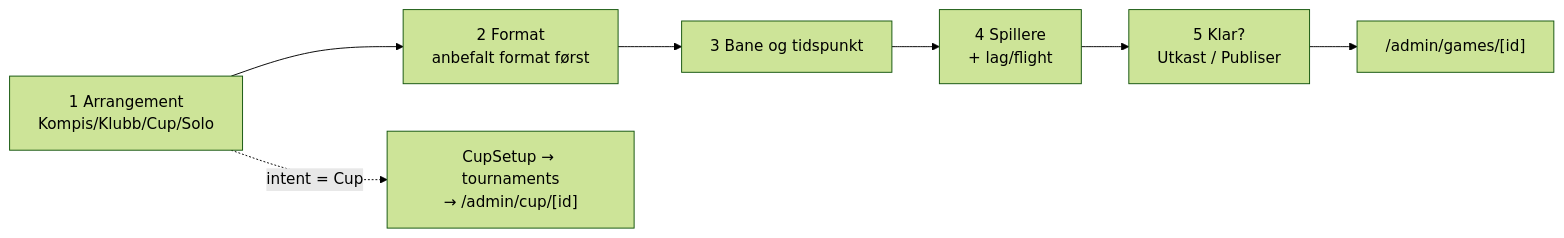
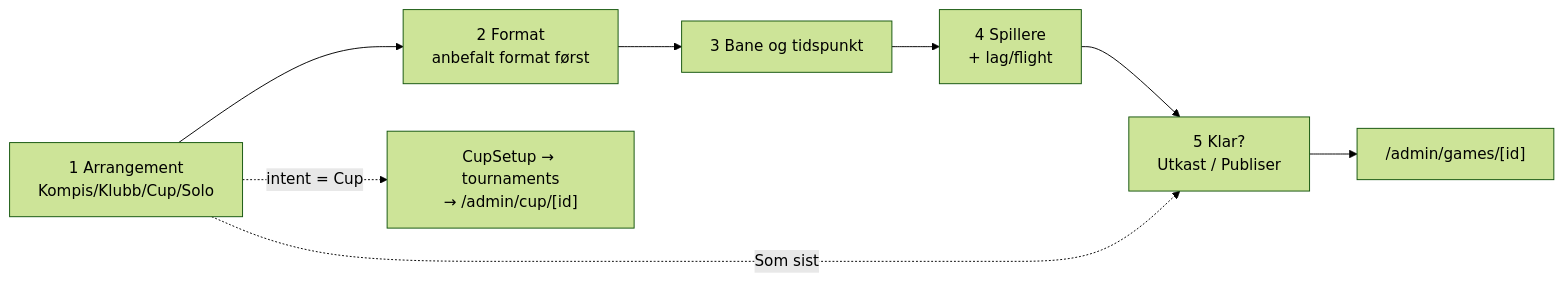
One commit to jdlarssen/golf-app changed the fifth of 6 diagrams in docs/user-flows.md. Above: the diagram before and after it, drawn with Mermaid (forest theme). The commit also changed other lines of this file and 2 other files, not shown here.

First line of the commit message:
docs(flows): «Som sist» is a shortcut from step 1 to «Klar?»

````diff
--- a/docs/user-flows.md
+++ b/docs/user-flows.md
@@ -231,9 +231,10 @@
 ```mermaid
 flowchart LR
   S1["1 Arrangement<br/>Kompis/Klubb/Cup/Solo"] --> S2["2 Format<br/>anbefalt format først"]
   S2 --> S3["3 Bane og tidspunkt"]
   S3 --> S4["4 Spillere<br/>+ lag/flight"]
   S4 --> S5["5 Klar?<br/>Utkast / Publiser"]
   S5 --> G["/admin/games/[id]"]
   S1 -. "intent = Cup" .-> CUP["CupSetup → tournaments<br/>→ /admin/cup/[id]"]
+  S1 -. "Som sist" .-> S5
 ```
````
